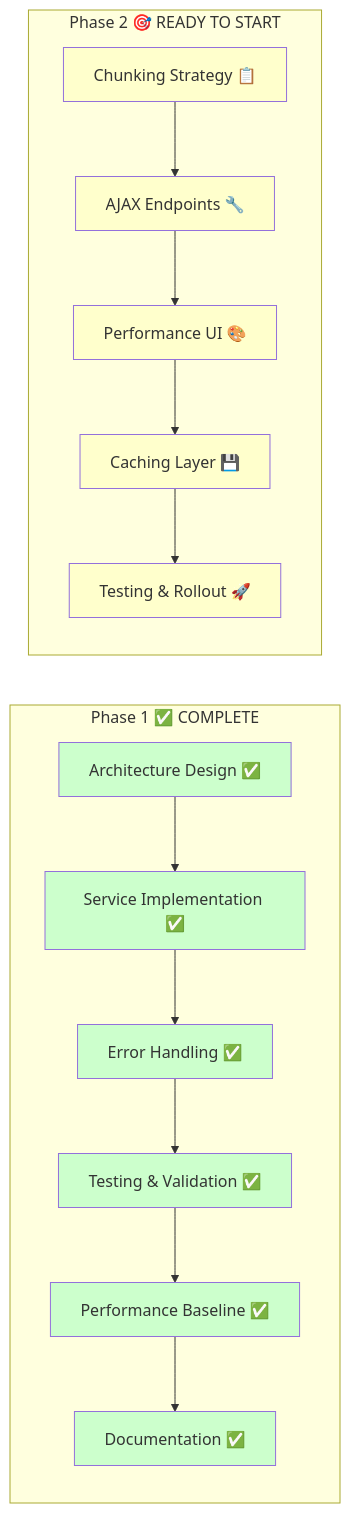
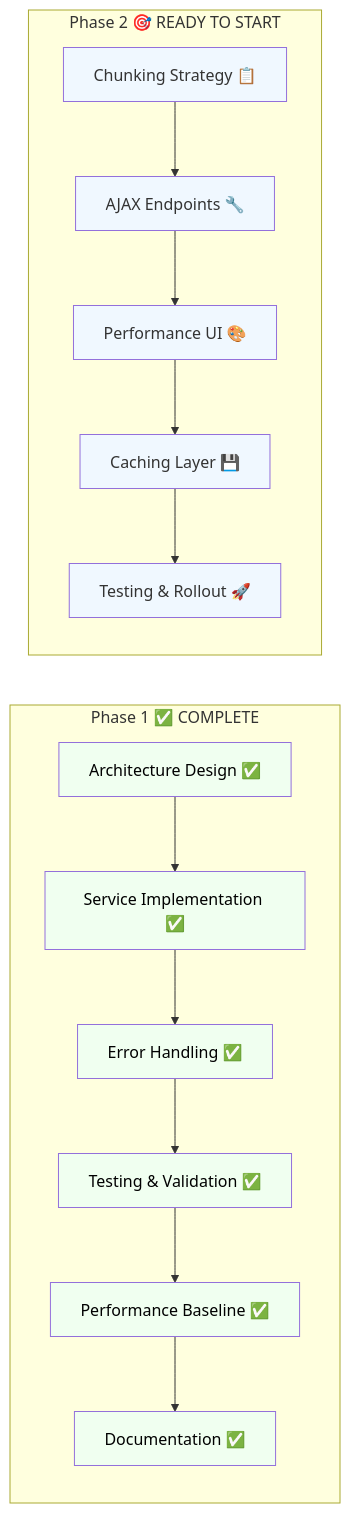
One commit to TodoLegal/TodoLegal changed diagram 12 of 14 in docs/get_raw_law_refactor/LAW_DISPLAY_ARCHITECTURE_GUIDE.md. Above: the diagram before and after it, drawn with Mermaid. The commit also changed other lines of this file, not shown here.

````diff
--- a/docs/get_raw_law_refactor/LAW_DISPLAY_ARCHITECTURE_GUIDE.md
+++ b/docs/get_raw_law_refactor/LAW_DISPLAY_ARCHITECTURE_GUIDE.md
@@ -482,30 +482,30 @@
 ```mermaid
 graph LR
     subgraph "Phase 1 ✅ COMPLETE"
         A[Architecture Design ✅] --> B[Service Implementation ✅]
         B --> C[Error Handling ✅]
         C --> D[Testing & Validation ✅]
         D --> E[Performance Baseline ✅]
         E --> F[Documentation ✅]
         
-        style A fill:#ccffcc
-        style B fill:#ccffcc
-        style C fill:#ccffcc
-        style D fill:#ccffcc
-        style E fill:#ccffcc
-        style F fill:#ccffcc
+        style A fill:#f0fff0,color:#000000
+        style B fill:#f0fff0,color:#000000
+        style C fill:#f0fff0,color:#000000
+        style D fill:#f0fff0,color:#000000
+        style E fill:#f0fff0,color:#000000
+        style F fill:#f0fff0,color:#000000
     end
     
     subgraph "Phase 2 🎯 READY TO START"
         G[Chunking Strategy 📋] --> H[AJAX Endpoints 🔧]
         H --> I[Performance UI 🎨]
         I --> J[Caching Layer 💾]
         J --> K[Testing & Rollout 🚀]
         
-        style G fill:#ffffcc
-        style H fill:#ffffcc
-        style I fill:#ffffcc
-        style J fill:#ffffcc
-        style K fill:#ffffcc
+        style G fill:#f0f8ff
+        style H fill:#f0f8ff
+        style I fill:#f0f8ff
+        style J fill:#f0f8ff
+        style K fill:#f0f8ff
     end
 ```
````
